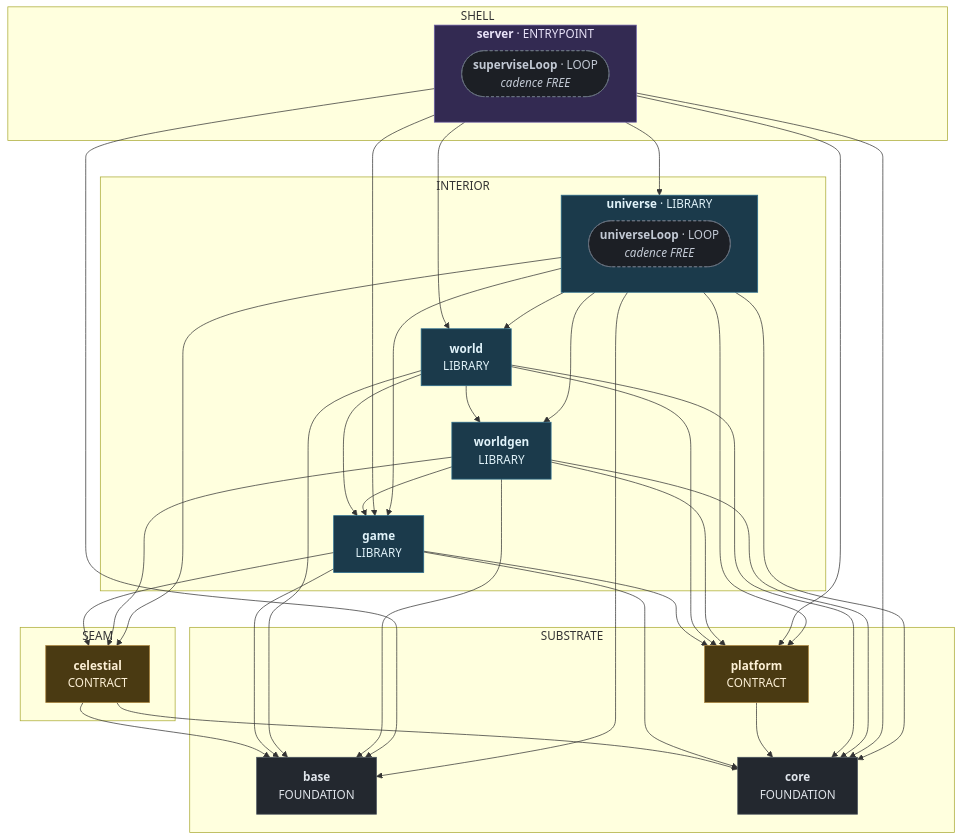
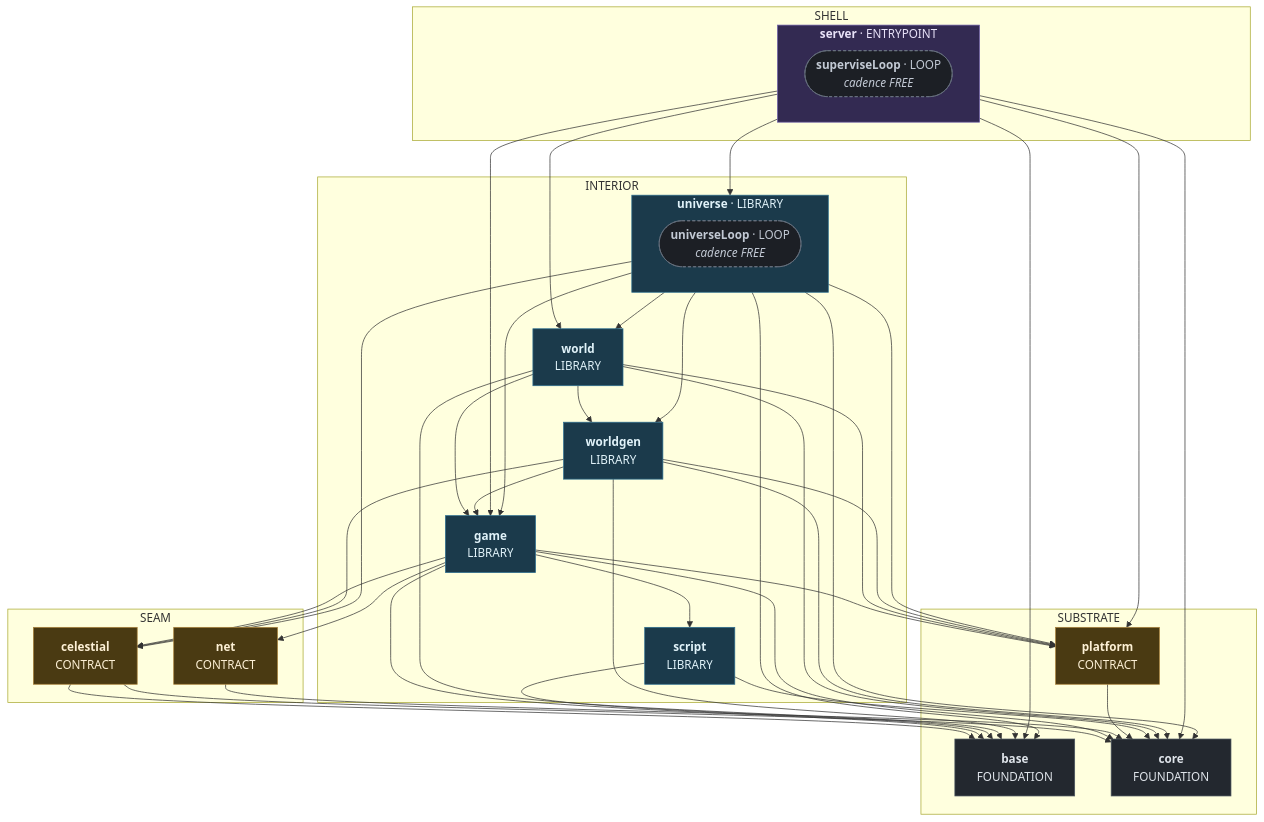
One commit to apnex/OpenStarbound changed the ninth of 10 diagrams in docs/superpowers/specs/2026-08-01-sovereign-headless-client-design.md. Above: the diagram before and after it, drawn with Mermaid. The commit also changed other lines of this file and 2 other files, not shown here.

````diff
--- a/docs/superpowers/specs/2026-08-01-sovereign-headless-client-design.md
+++ b/docs/superpowers/specs/2026-08-01-sovereign-headless-client-design.md
@@ -1999,66 +2130,73 @@
 ```mermaid
 %% composition: server
 flowchart TD
   subgraph Z_SUBSTRATE ["SUBSTRATE"]
     base["<b>base</b><br/>FOUNDATION"]
     core["<b>core</b><br/>FOUNDATION"]
     platform["<b>platform</b><br/>CONTRACT"]
   end
   subgraph Z_SEAM ["SEAM"]
     celestial["<b>celestial</b><br/>CONTRACT"]
+    net["<b>net</b><br/>CONTRACT"]
   end
   subgraph Z_INTERIOR ["INTERIOR"]
     game["<b>game</b><br/>LIBRARY"]
+    script["<b>script</b><br/>LIBRARY"]
     subgraph universe ["<b>universe</b> · LIBRARY"]
       universe_universeLoop(["<b>universeLoop</b> · LOOP<br/><i>cadence FREE</i>"])
     end
     world["<b>world</b><br/>LIBRARY"]
     worldgen["<b>worldgen</b><br/>LIBRARY"]
   end
   subgraph Z_SHELL ["SHELL"]
     subgraph server ["<b>server</b> · ENTRYPOINT"]
       server_superviseLoop(["<b>superviseLoop</b> · LOOP<br/><i>cadence FREE</i>"])
     end
   end
   celestial --> base
   celestial --> core
   game --> base
   game --> celestial
   game --> core
+  game --> net
   game --> platform
+  game --> script
+  net --> core
   platform --> core
+  script --> base
+  script --> core
   server --> base
   server --> core
   server --> game
   server --> platform
   server --> universe
   server --> world
   universe --> base
   universe --> celestial
   universe --> core
   universe --> game
   universe --> platform
   universe --> world
   universe --> worldgen
   world --> base
   world --> core
   world --> game
   world --> platform
   world --> worldgen
   worldgen --> base
   worldgen --> celestial
   worldgen --> core
   worldgen --> game
   worldgen --> platform
   classDef kFoundation fill:#23282f,stroke:#4a545e,color:#dfe4ea
   classDef kContract fill:#4a3a12,stroke:#a8813a,color:#fdf0d5
   classDef kBackend fill:#5c2020,stroke:#aa3333,color:#ffe5e5
   classDef kLibrary fill:#1b3a4b,stroke:#2c6e8f,color:#e0f2f9
   classDef kEntrypoint fill:#332a52,stroke:#6d5fa8,color:#e8e2f8
   classDef kElement fill:#1c1f25,stroke:#6b7482,color:#c2c9d4,stroke-dasharray:4 3
   class base,core kFoundation
-  class celestial,platform kContract
-  class game,universe,world,worldgen kLibrary
+  class celestial,net,platform kContract
+  class game,script,universe,world,worldgen kLibrary
   class server kEntrypoint
   class server_superviseLoop,universe_universeLoop kElement
 ```
````
